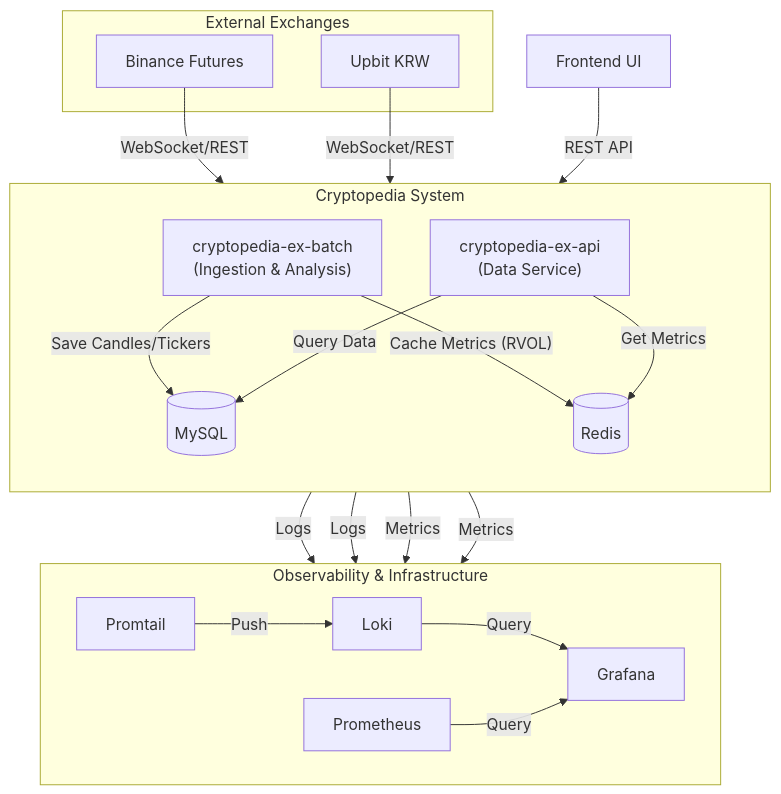
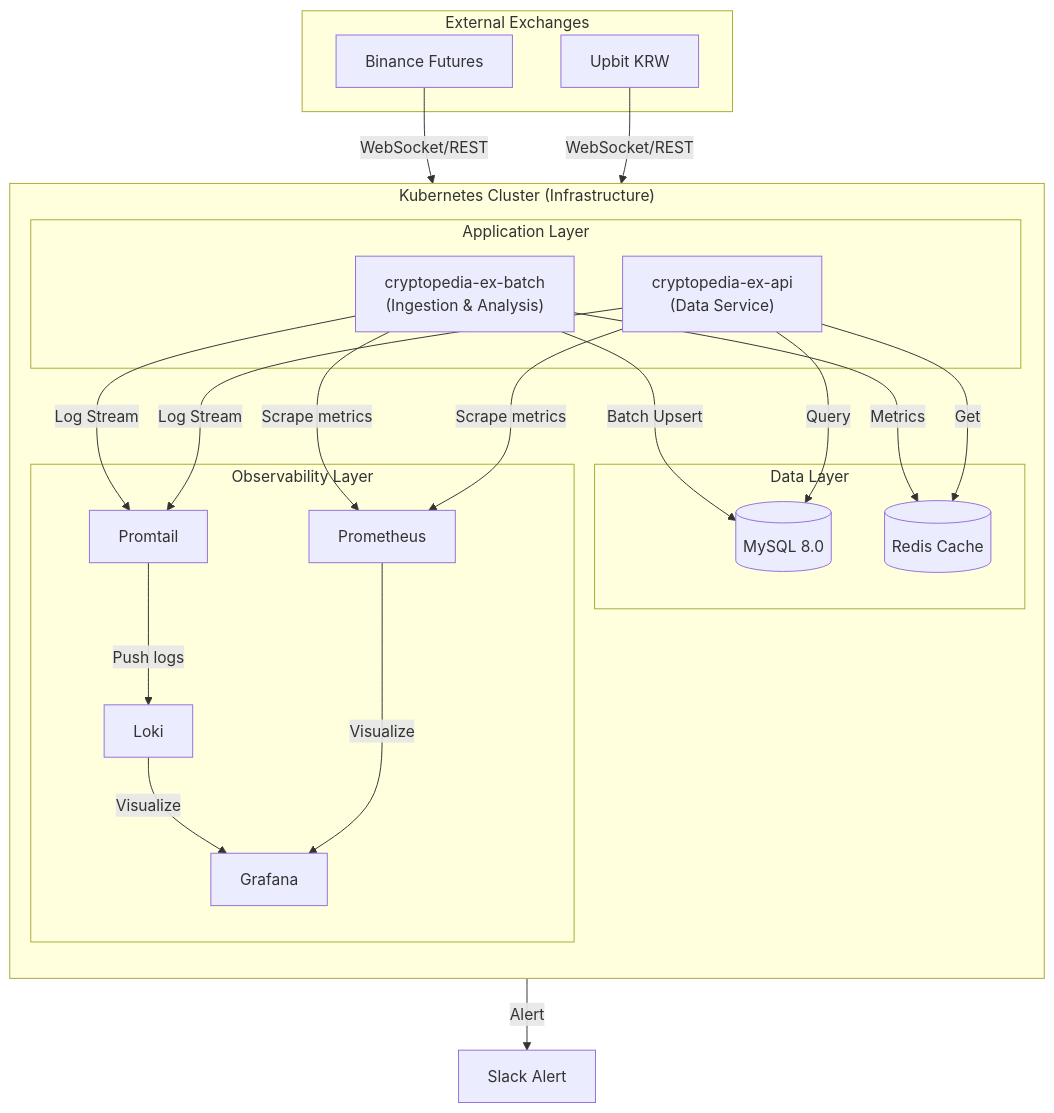
The diagram in README.md (Miner-s-life/cryptopedia-server), drawn with Mermaid before and after one commit. The commit also changed other lines of this file and 3 other files, not shown here.

Commit message:
docs: overhaul README with service summary and infra architecture

````diff
--- a/README.md
+++ b/README.md
@@ -7,45 +16,48 @@
 ```mermaid
 graph TD
     subgraph "External Exchanges"
         BN[Binance Futures]
         UP[Upbit KRW]
     end
 
-    subgraph "Cryptopedia System"
+    subgraph "Kubernetes Cluster (Infrastructure)"
         direction TB
-        BATCH["cryptopedia-ex-batch<br/>(Ingestion & Analysis)"]
-        API["cryptopedia-ex-api<br/>(Data Service)"]
-        DB[(MySQL)]
-        REDIS[(Redis)]
+        subgraph "Application Layer"
+            BATCH["cryptopedia-ex-batch<br/>(Ingestion & Analysis)"]
+            API["cryptopedia-ex-api<br/>(Data Service)"]
+        end
+
+        subgraph "Data Layer"
+            DB[(MySQL 8.0)]
+            REDIS[(Redis Cache)]
+        end
+
+        subgraph "Observability Layer"
+            PROMTAIL[Promtail]
+            LOKI[Loki]
+            PROM[Prometheus]
+            GRAFANA[Grafana]
+        end
     end
 
-    subgraph "Observability & Infrastructure"
-        direction LR
-        PROMTAIL[Promtail]
-        LOKI[Loki]
-        PROM[Prometheus]
-        GRAFANA[Grafana]
-    end
-
+    %% Data Flow
     BN -- "WebSocket/REST" --> BATCH
     UP -- "WebSocket/REST" --> BATCH
+    BATCH -- "Batch Upsert" --> DB
+    BATCH -- "Metrics" --> REDIS
+    API -- "Query" --> DB
+    API -- "Get" --> REDIS
+
+    %% Log & Metric Flow
+    BATCH -- "Log Stream" --> PROMTAIL
+    API -- "Log Stream" --> PROMTAIL
+    PROMTAIL -- "Push logs" --> LOKI
+    BATCH -- "Scrape metrics" --> PROM
+    API -- "Scrape metrics" --> PROM
     
-    BATCH -- "Save Candles/Tickers" --> DB
-    BATCH -- "Cache Metrics (RVOL)" --> REDIS
+    LOKI -- "Visualize" --> GRAFANA
+    PROM -- "Visualize" --> GRAFANA
     
-    API -- "Query Data" --> DB
-    API -- "Get Metrics" --> REDIS
-    
-    UI[Frontend UI] -- "REST API" --> API
-
-    %% Observability Flow
-    BATCH -- "Logs" --> PROMTAIL
-    API -- "Logs" --> PROMTAIL
-    PROMTAIL -- "Push" --> LOKI
-    
-    BATCH -- "Metrics" --> PROM
-    API -- "Metrics" --> PROM
-    
-    LOKI -- "Query" --> GRAFANA
-    PROM -- "Query" --> GRAFANA
+    %% Notification
+    BATCH -- "Alert" --> SLACK[Slack Alert]
 ```
````
